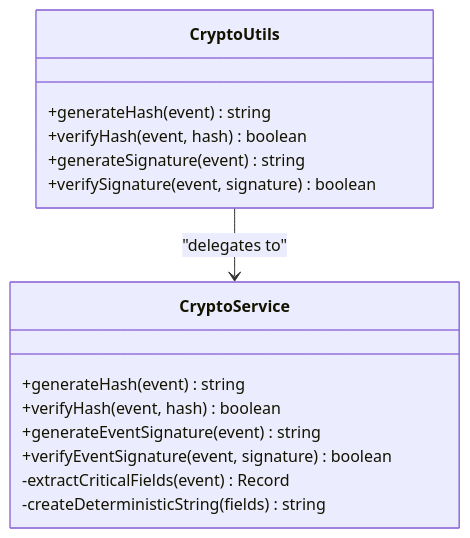
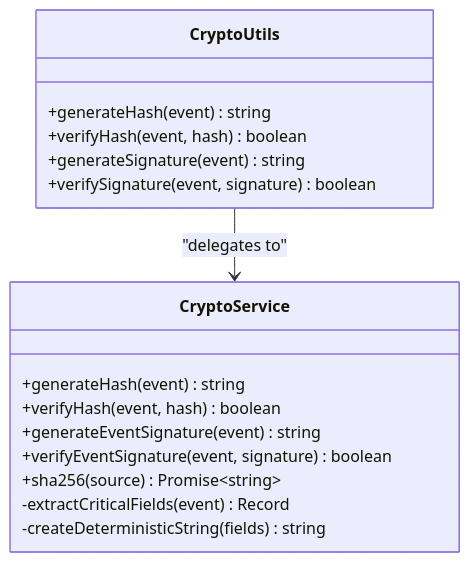
One commit to smedrec/smart-logs changed the first of 5 diagrams in .qoder/repowiki/en/content/Audit Core System/Security/Security.md. Above: the diagram before and after it, drawn with Mermaid. The commit also changed other lines of this file and 14 other files, not shown here.

````diff
--- a/.qoder/repowiki/en/content/Audit Core System/Security/Security.md
+++ b/.qoder/repowiki/en/content/Audit Core System/Security/Security.md
@@ -45,18 +52,19 @@
 ```mermaid
 classDiagram
 class CryptoService {
 +generateHash(event) string
 +verifyHash(event, hash) boolean
 +generateEventSignature(event) string
 +verifyEventSignature(event, signature) boolean
++sha256(source) Promise~string~
 -extractCriticalFields(event) Record
 -createDeterministicString(fields) string
 }
 class CryptoUtils {
 +generateHash(event) string
 +verifyHash(event, hash) boolean
 +generateSignature(event) string
 +verifySignature(event, signature) boolean
 }
 CryptoUtils --> CryptoService : "delegates to"
 ```
````
